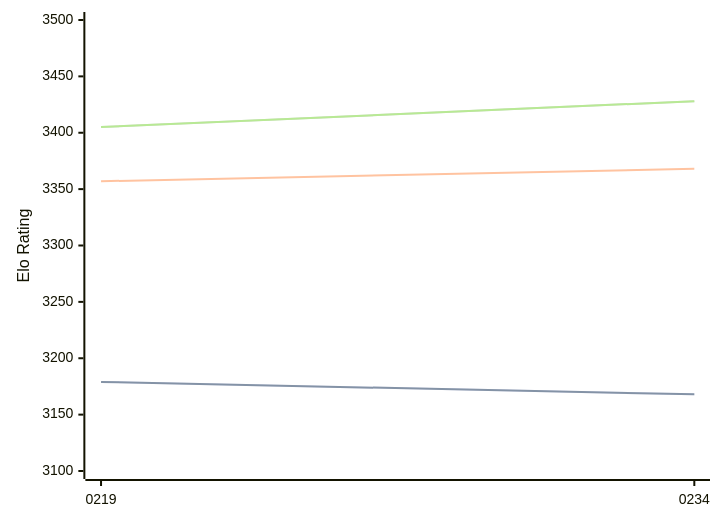
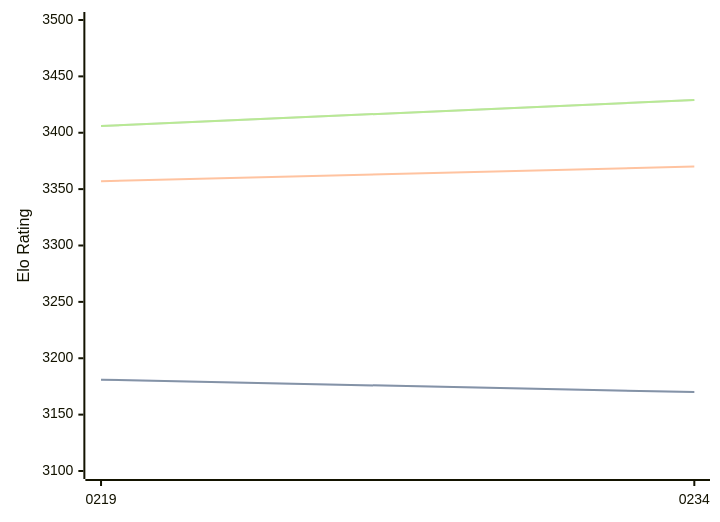
Before and after one commit to computer-chess-index/cci: the diagram in engines/Ynode.md, drawn with Mermaid. The commit also changed other lines of this file, not shown here.

Commit message:
Update CCI Ratings (ELO VLTC) - 2026-04-25

````diff
--- a/engines/Ynode.md
+++ b/engines/Ynode.md
@@ -39,11 +39,11 @@
 ```mermaid
 %%{init: {"theme":"base","themeVariables":{"seriesColors:['#a3a3a3','#222221','#faa371']}}}%%
 xychart-beta
   x-axis ["0219", "0234"]
   y-axis "Elo Rating" 3100 --> 3500
-  line "STC (8.0+0.08s)" [3179, 3168]
-  line "STC (8.0+0.08s)" [3179, 3168]
-  line "LTC (60.0+0.60s)" [3357, 3368]
-  line "VLTC (2m24s+1.12s)" [3405, 3428]
-  line "VLTC (2m24s+1.12s)" [3405, 3428]
+  line "STC (8.0+0.08s)" [3181, 3170]
+  line "STC (8.0+0.08s)" [3181, 3170]
+  line "LTC (60.0+0.60s)" [3357, 3370]
+  line "VLTC (2m24s+1.12s)" [3406, 3429]
+  line "VLTC (2m24s+1.12s)" [3406, 3429]
 ```
````
